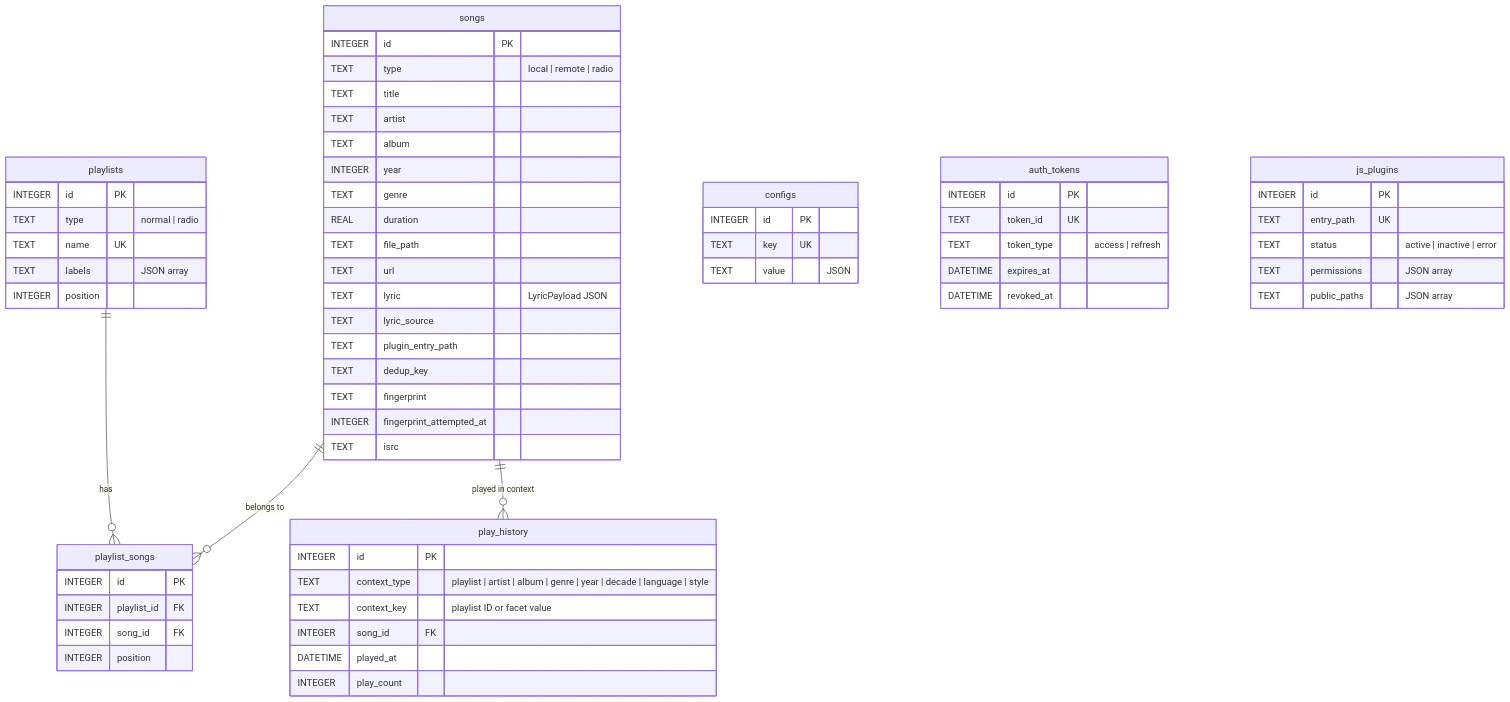
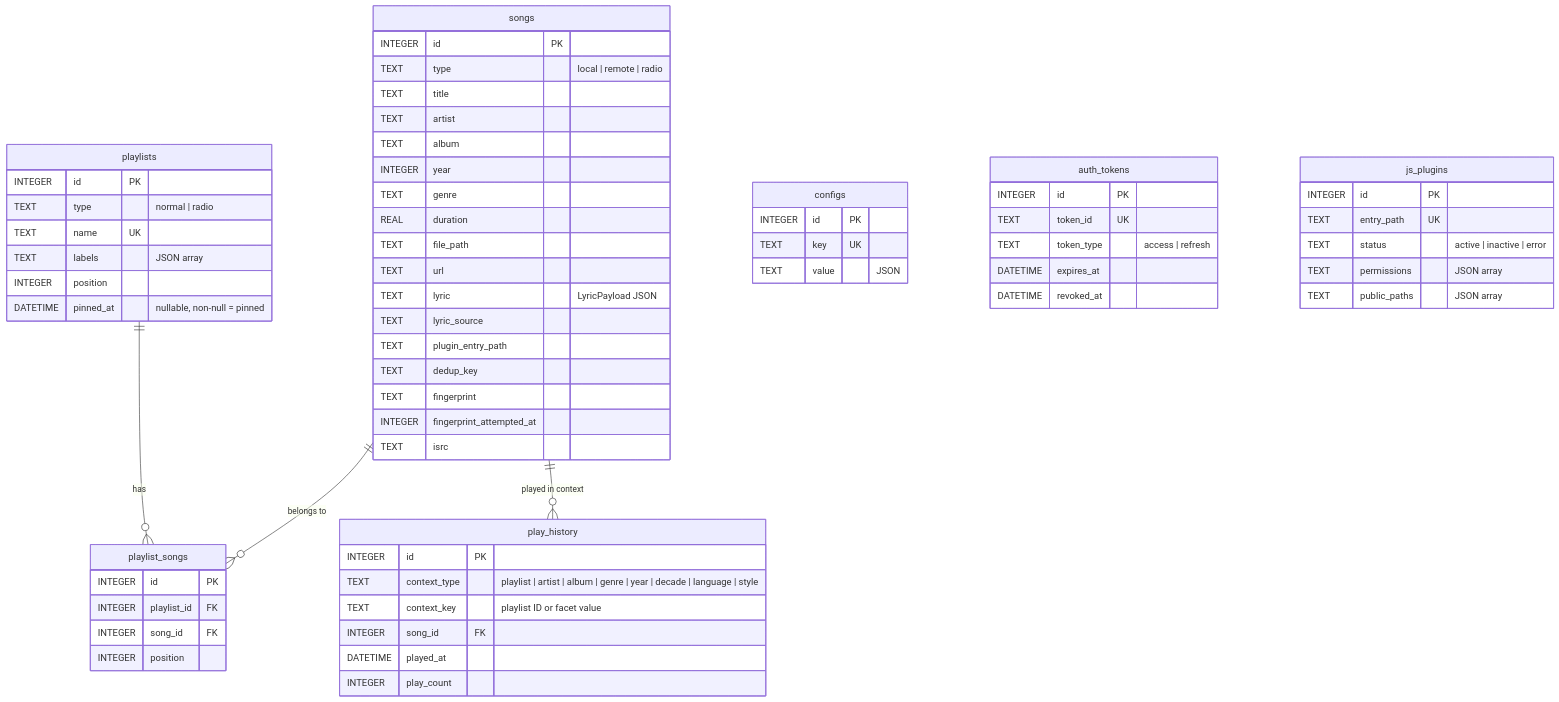
The first of 2 diagrams in docs/en/repowiki/数据模型设计.md (MambaOutZY/songloft-gemini), drawn with Mermaid before and after one commit. The commit also changed other lines of this file and 19 other files, not shown here.

````diff
--- a/docs/en/repowiki/数据模型设计.md
+++ b/docs/en/repowiki/数据模型设计.md
@@ -48,66 +48,67 @@
 ```mermaid
 erDiagram
     songs ||--o{ playlist_songs : "belongs to"
     playlists ||--o{ playlist_songs : "has"
     songs ||--o{ play_history : "played in context"
 
     songs {
         INTEGER id PK
         TEXT type "local | remote | radio"
         TEXT title
         TEXT artist
         TEXT album
         INTEGER year
         TEXT genre
         REAL duration
         TEXT file_path
         TEXT url
         TEXT lyric "LyricPayload JSON"
         TEXT lyric_source
         TEXT plugin_entry_path
         TEXT dedup_key
         TEXT fingerprint
         INTEGER fingerprint_attempted_at
         TEXT isrc
     }
     playlists {
         INTEGER id PK
         TEXT type "normal | radio"
         TEXT name UK
         TEXT labels "JSON array"
         INTEGER position
+        DATETIME pinned_at "nullable, non-null = pinned"
     }
     playlist_songs {
         INTEGER id PK
         INTEGER playlist_id FK
         INTEGER song_id FK
         INTEGER position
     }
     configs {
         INTEGER id PK
         TEXT key UK
         TEXT value "JSON"
     }
     auth_tokens {
         INTEGER id PK
         TEXT token_id UK
         TEXT token_type "access | refresh"
         DATETIME expires_at
         DATETIME revoked_at
     }
     js_plugins {
         INTEGER id PK
         TEXT entry_path UK
         TEXT status "active | inactive | error"
         TEXT permissions "JSON array"
         TEXT public_paths "JSON array"
     }
     play_history {
         INTEGER id PK
         TEXT context_type "playlist | artist | album | genre | year | decade | language | style"
         TEXT context_key "playlist ID or facet value"
         INTEGER song_id FK
         DATETIME played_at
         INTEGER play_count
     }
 ```
````
